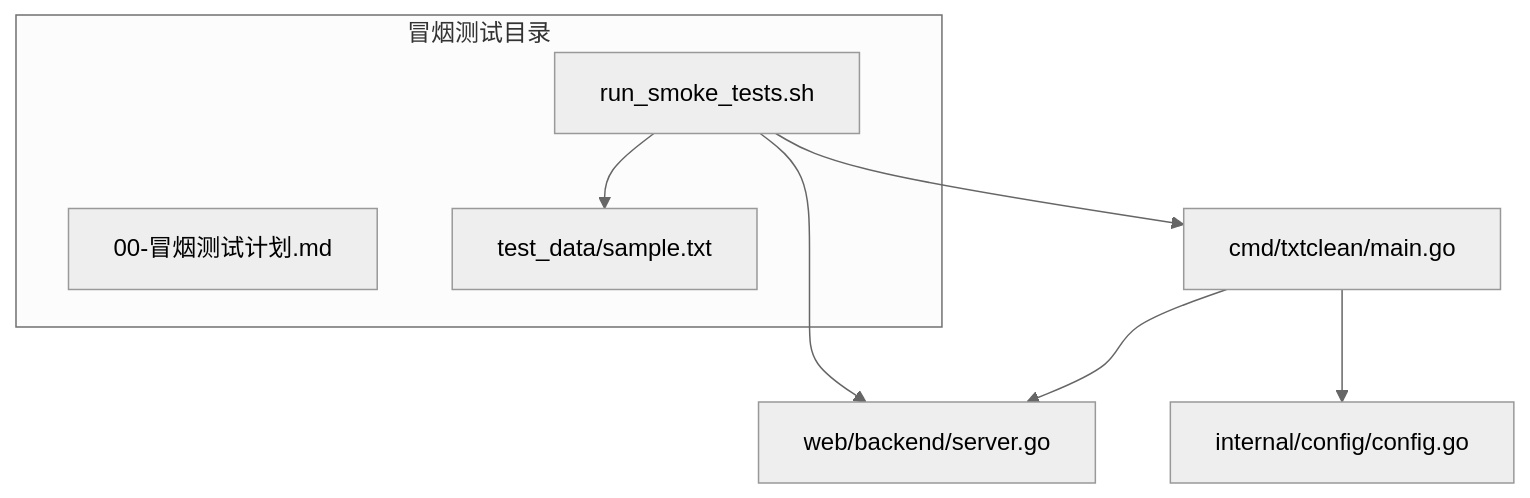
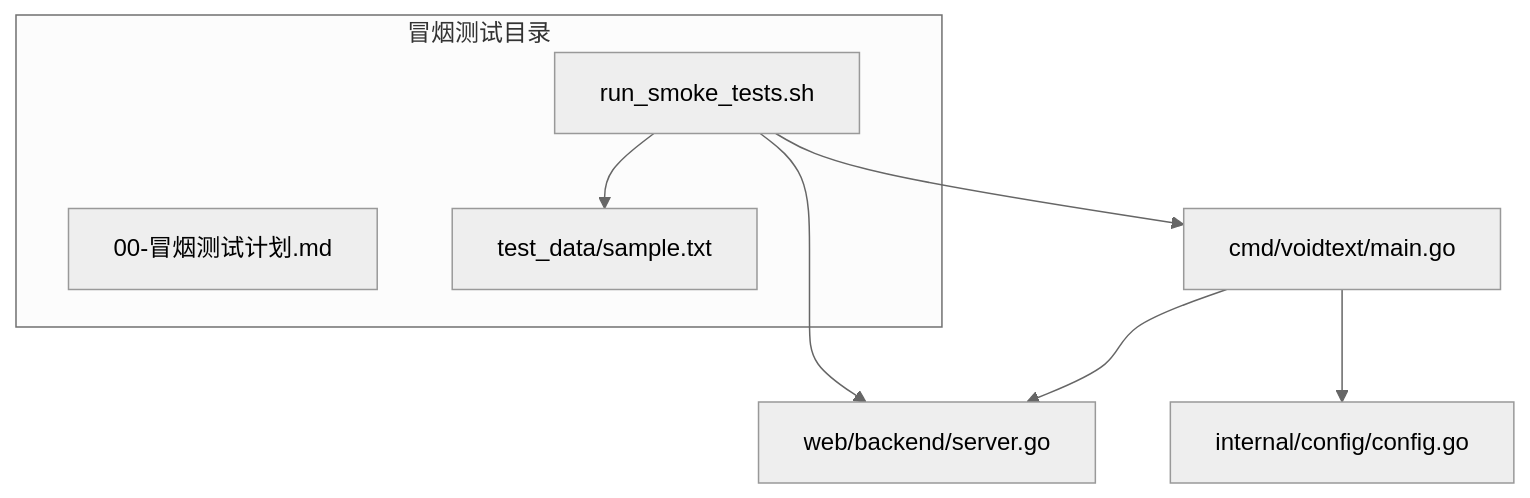
The first of 7 diagrams in repowikis/测试策略/冒烟测试.md (handy-h/VoidText), drawn with Mermaid (neutral theme) before and after one commit. The commit also changed other lines of this file and 101 other files, not shown here.

````diff
--- a/repowikis/测试策略/冒烟测试.md
+++ b/repowikis/测试策略/冒烟测试.md
@@ -44,16 +44,16 @@
 ```mermaid
 graph TB
 subgraph "冒烟测试目录"
 A["00-冒烟测试计划.md"]
 B["run_smoke_tests.sh"]
 C["test_data/sample.txt"]
 end
-D["cmd/txtclean/main.go"]
+D["cmd/voidtext/main.go"]
 E["web/backend/server.go"]
 F["internal/config/config.go"]
 B --> D
 B --> E
 B --> C
 D --> E
 D --> F
 ```
````
